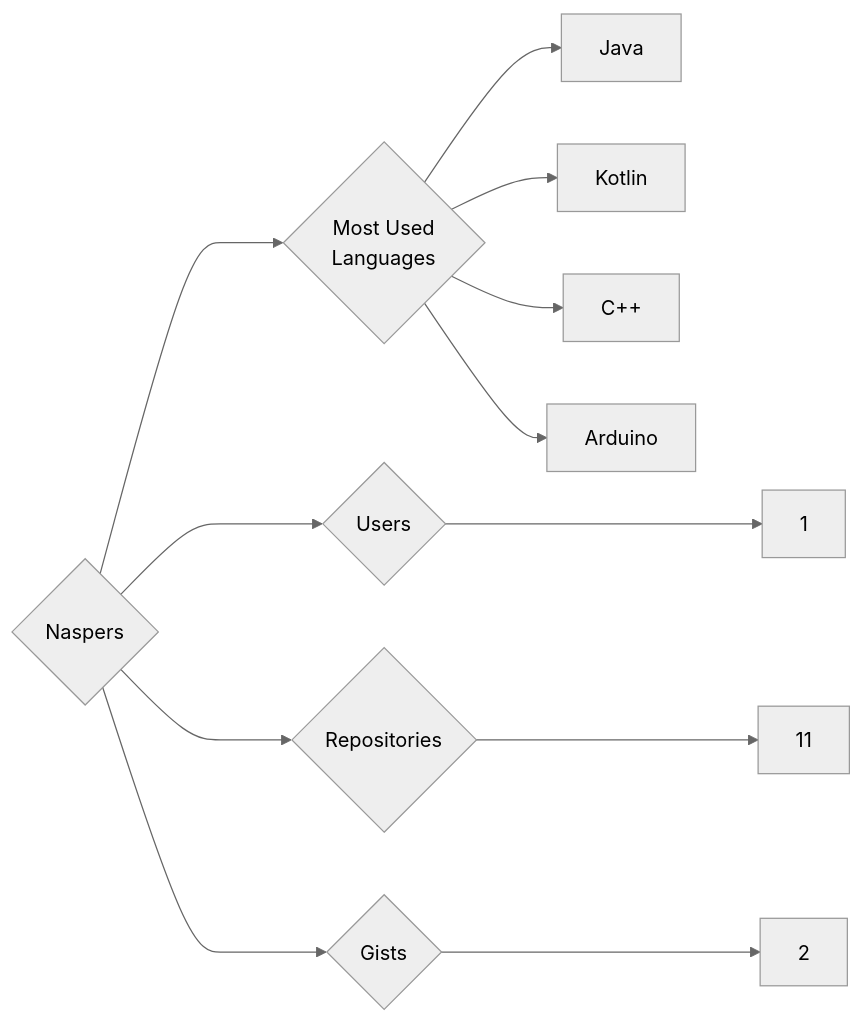
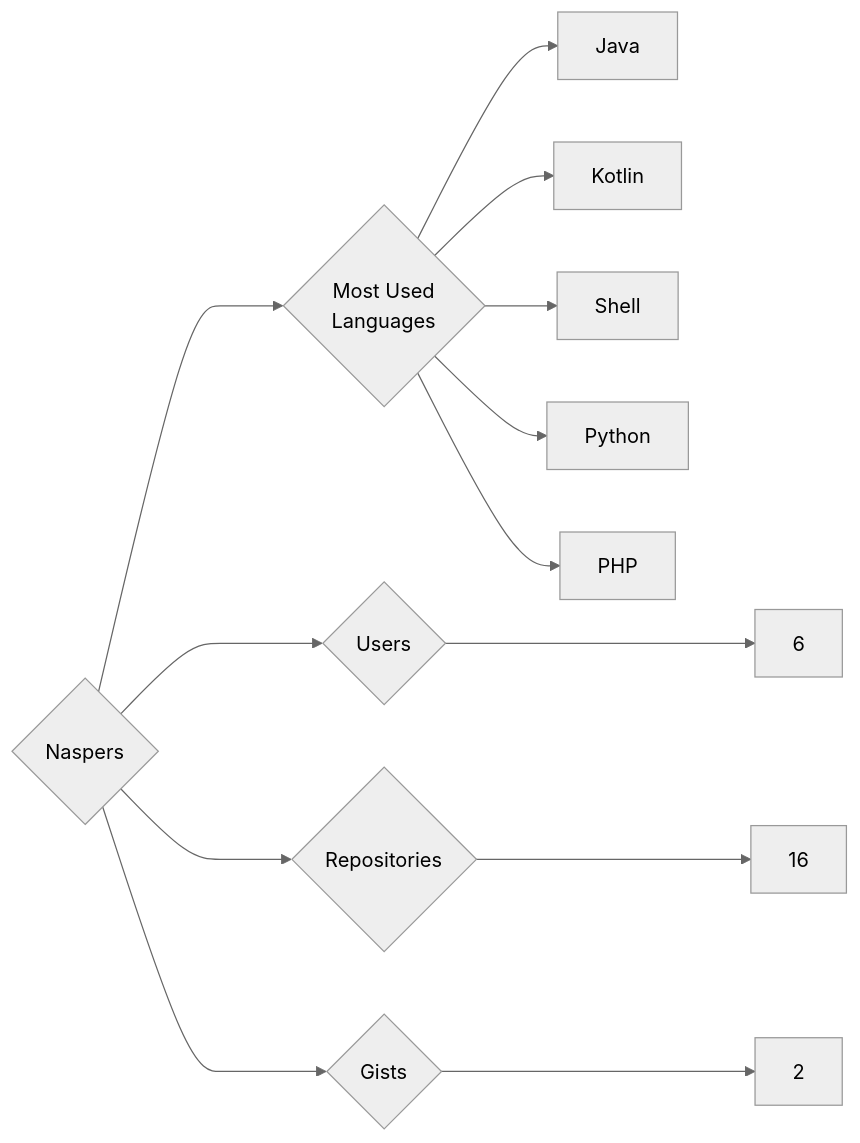
The diagram in targets/Naspers/README.md (trickest/insiders), drawn with Mermaid (neutral theme) before and after one commit. The commit also changed 928 other files, not shown here.

````diff
--- a/targets/Naspers/README.md
+++ b/targets/Naspers/README.md
@@ -3,12 +3,13 @@
 ```mermaid
 graph LR
 COMPANY_NAME{Naspers}
-COMPANY_NAME ---> U{Users} ---> UN[1]
-COMPANY_NAME ---> R{Repositories} ---> RN[11]
+COMPANY_NAME ---> U{Users} ---> UN[6]
+COMPANY_NAME ---> R{Repositories} ---> RN[16]
 COMPANY_NAME ---> G{Gists} ---> GN[2]
 COMPANY_NAME ---> ML{Most Used<br>Languages}
 ML --> Java[Java]
 ML --> Kotlin[Kotlin]
-ML --> C++[C++]
-ML --> Arduino[Arduino]
+ML --> Shell[Shell]
+ML --> Python[Python]
+ML --> PHP[PHP]
 ```
````
